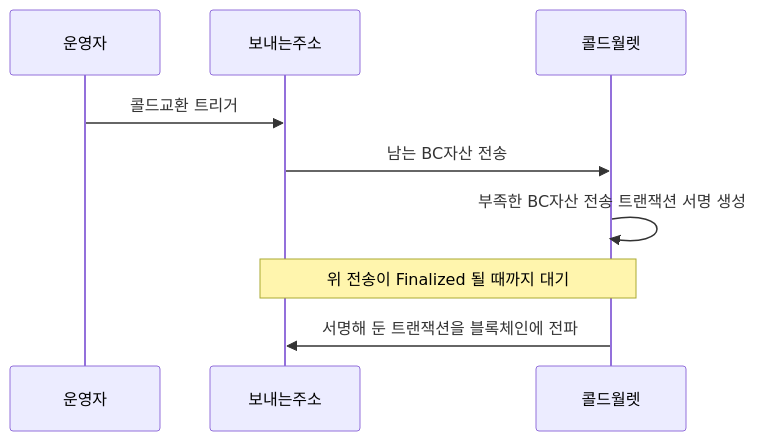
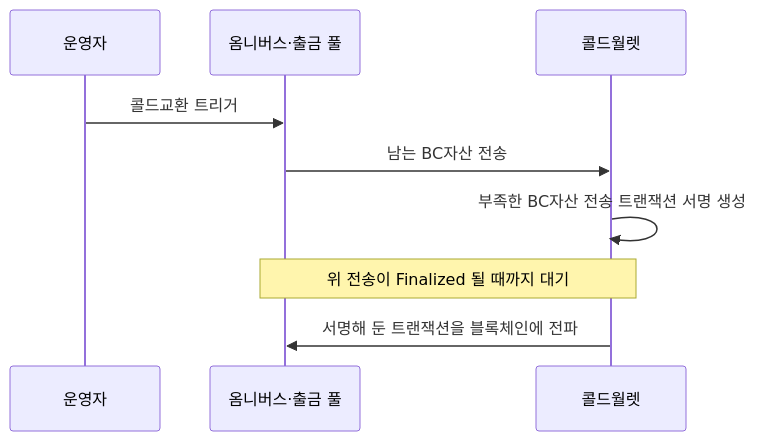
One commit to eunsujeo/eunpus changed the second of 2 diagrams in blockchain-manager/docs/블록체인매니저/브릿지/01-problem.md. Above: the diagram before and after it, drawn with Mermaid. The commit also changed other lines of this file and 6 other files, not shown here.

````diff
--- a/blockchain-manager/docs/블록체인매니저/브릿지/01-problem.md
+++ b/blockchain-manager/docs/블록체인매니저/브릿지/01-problem.md
@@ -54,12 +54,12 @@
 ```mermaid
 sequenceDiagram
   participant O as 운영자
-  participant S as 보내는주소
+  participant S as 옴니버스·출금 풀
   participant C as 콜드월렛
 
   O->>S: 콜드교환 트리거
   S->>C: 남는 BC자산 전송
   C->>C: 부족한 BC자산 전송 트랜잭션 서명 생성
   Note over S,C: 위 전송이 Finalized 될 때까지 대기
   C->>S: 서명해 둔 트랜잭션을 블록체인에 전파
 ```
````
